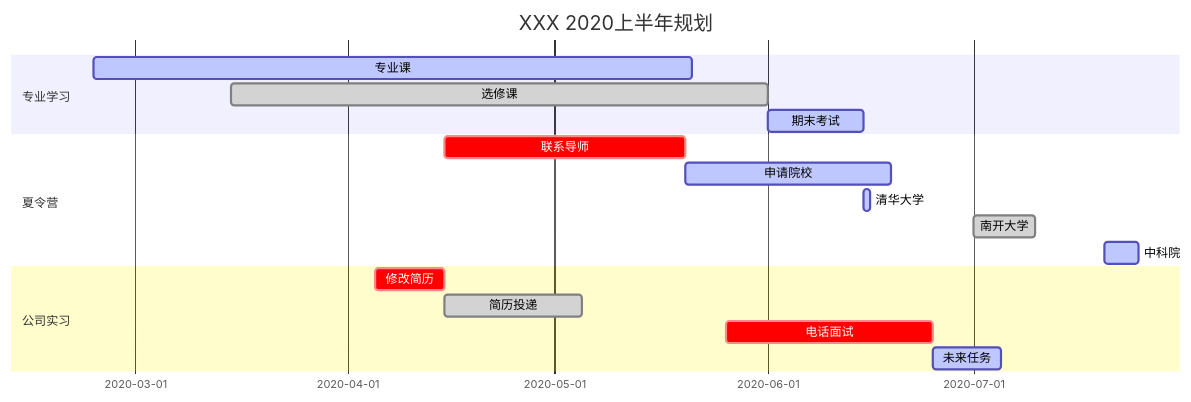
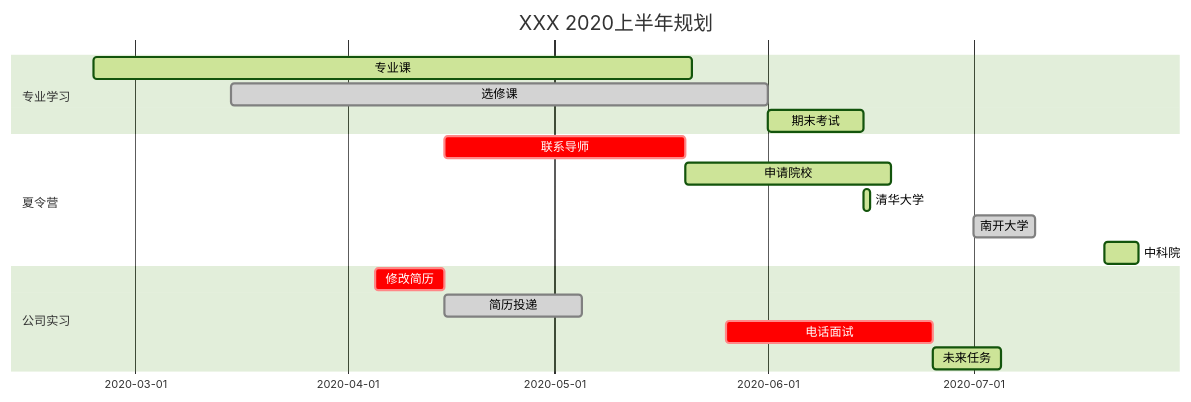
One commit to aaron-ai/mermaidtest changed the second of 2 diagrams in README.md. Above: the diagram before and after it, drawn with Mermaid.

````diff
--- a/README.md
+++ b/README.md
@@ -12,23 +12,24 @@
 ```mermaid
+%%{init: {'theme': 'forest' } }%%
 gantt
 	dateFormat YYYY-MM-DD
 	title XXX 2020上半年规划
 	
 	section	专业学习
 		专业课	: active, name1, 2020-02-24, 2020-05-21
 		选修课 : done, name2, 2020-03-15, 2020-06-01
 		期末考试 : active, name3, after name2, 14d
 		
 	section 夏令营
 		联系导师 : crit, name11, 2020-04-15, 2020-05-20
 		申请院校 : active, name22, after name11, 30d
 		清华大学 : active, name33, after name3, 1d
 		南开大学 : done, name44, 2020-07-01, 2020-07-10
 		中科院 : active, name55, 2020-07-20, 5d
 		
 	section 公司实习
     	修改简历 : crit, name111, 2020-04-05, 10d
     	简历投递 : done, name222, after name111, 20d
     	电话面试 : crit, name333, 2020-05-26, 30d
     	未来任务 : active, after name333, 10d
 ```
````
